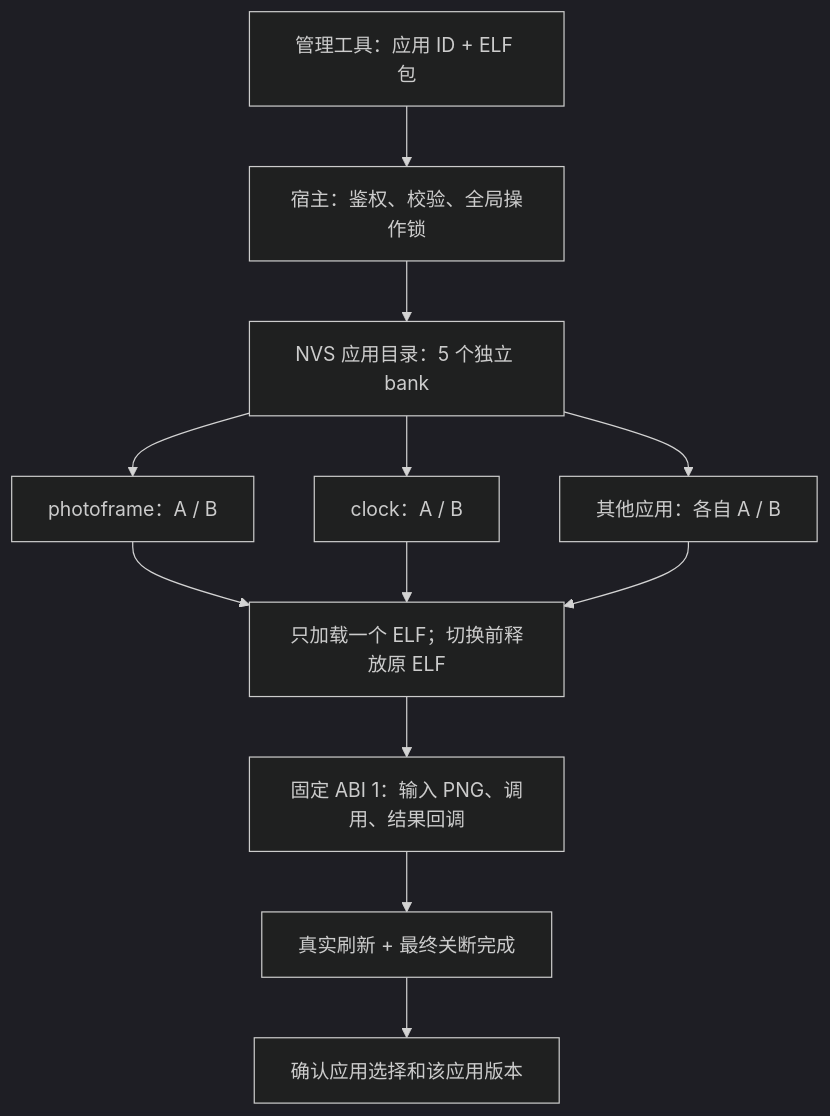
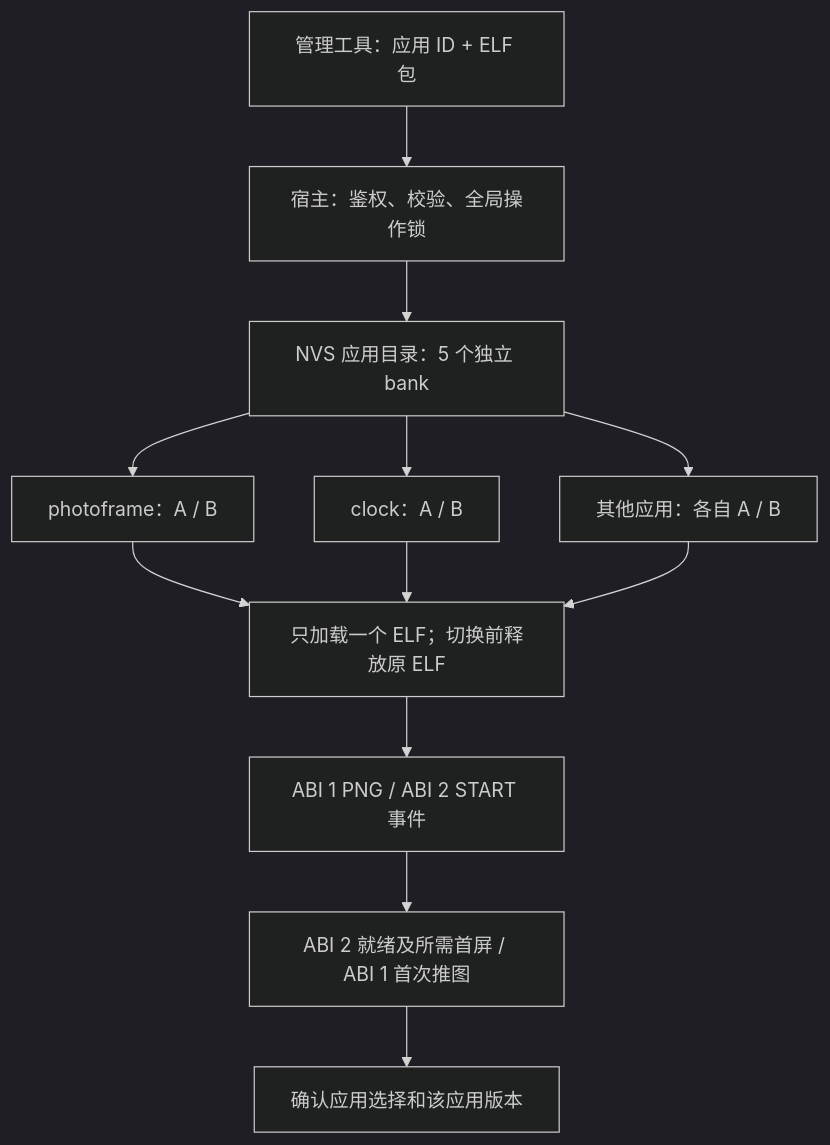
The diagram in docs-multi-apps.md (M1nt-Ch0c0/photopainter-host), drawn with Mermaid (dark theme) before and after one commit. The commit also changed other lines of this file and 11 other files, not shown here.

````diff
--- a/docs-multi-apps.md
+++ b/docs-multi-apps.md
@@ -80,14 +82,14 @@
 ```mermaid
 flowchart TB
     Admin["管理工具：应用 ID + ELF 包"] --> Host["宿主：鉴权、校验、全局操作锁"]
     Host --> Catalog["NVS 应用目录：5 个独立 bank"]
     Catalog --> P["photoframe：A / B"]
     Catalog --> C["clock：A / B"]
     Catalog --> W["其他应用：各自 A / B"]
     P --> Loader["只加载一个 ELF；切换前释放原 ELF"]
     C --> Loader
     W --> Loader
-    Loader --> ABI["固定 ABI 1：输入 PNG、调用、结果回调"]
-    ABI --> Screen["真实刷新 + 最终关断完成"]
+    Loader --> ABI["ABI 1 PNG / ABI 2 START 事件"]
+    ABI --> Screen["ABI 2 就绪及所需首屏 / ABI 1 首次推图"]
     Screen --> Confirm["确认应用选择和该应用版本"]
 ```
````
